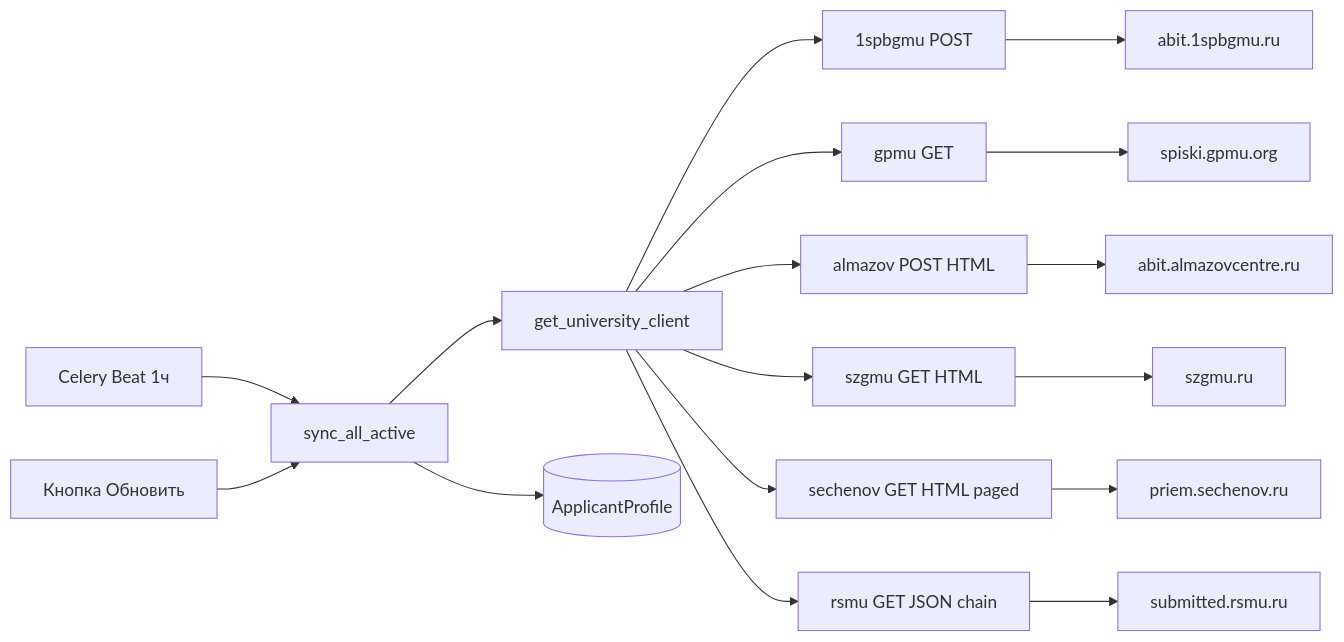
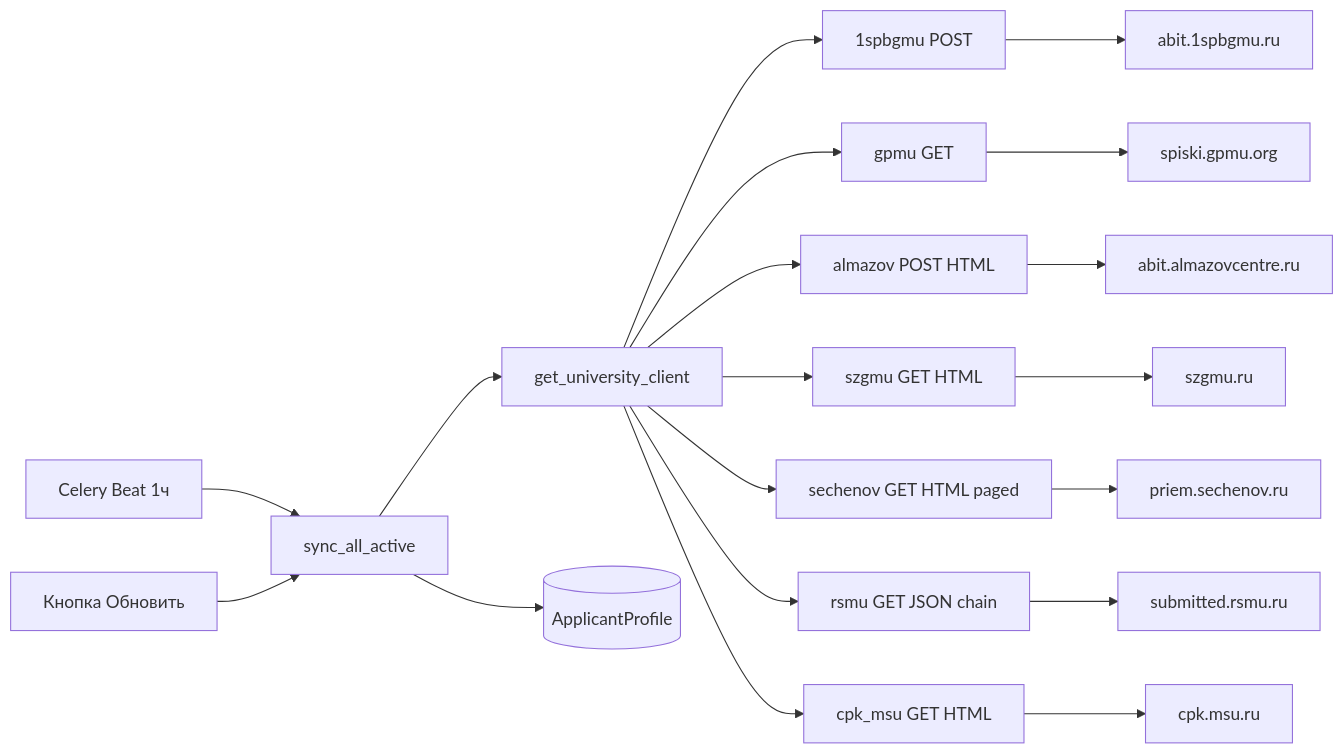
Before and after one commit to breduin/abitur: the diagram in docs/data-sources.md, drawn with Mermaid. The commit also changed other lines of this file and 9 other files, not shown here.

````diff
--- a/docs/data-sources.md
+++ b/docs/data-sources.md
@@ -7,19 +7,21 @@
 ```mermaid
 flowchart LR
     Beat[Celery Beat 1ч] --> Sync[sync_all_active]
     Manual[Кнопка Обновить] --> Sync
     Sync --> Factory[get_university_client]
     Factory --> Client1[1spbgmu POST]
     Factory --> Client2[gpmu GET]
     Factory --> Client3[almazov POST HTML]
     Factory --> Client4[szgmu GET HTML]
     Factory --> Client5[sechenov GET HTML paged]
     Factory --> Client6[rsmu GET JSON chain]
+    Factory --> Client7[cpk_msu GET HTML]
     Client1 --> API1[abit.1spbgmu.ru]
     Client2 --> API2[spiski.gpmu.org]
     Client3 --> API3[abit.almazovcentre.ru]
     Client4 --> API4[szgmu.ru]
     Client5 --> API5[priem.sechenov.ru]
     Client6 --> API6[submitted.rsmu.ru]
+    Client7 --> API7[cpk.msu.ru]
     Sync --> DB[(ApplicantProfile)]
 ```
````
